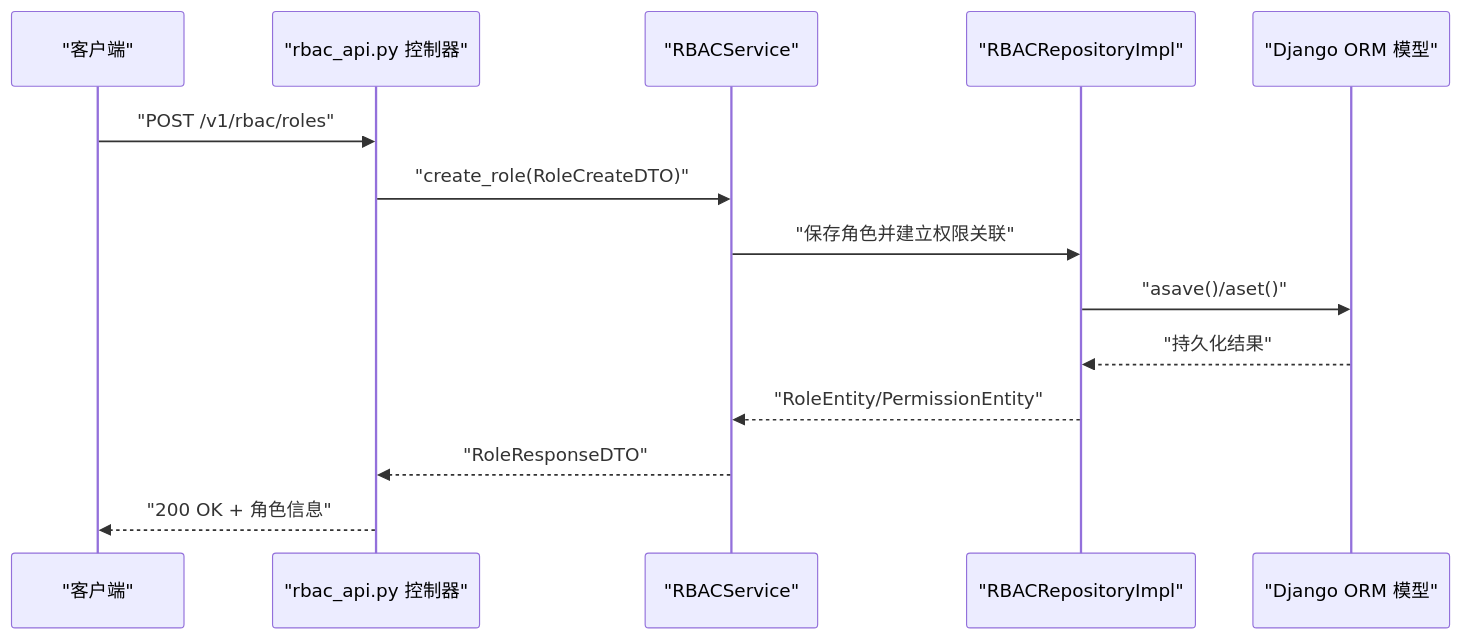
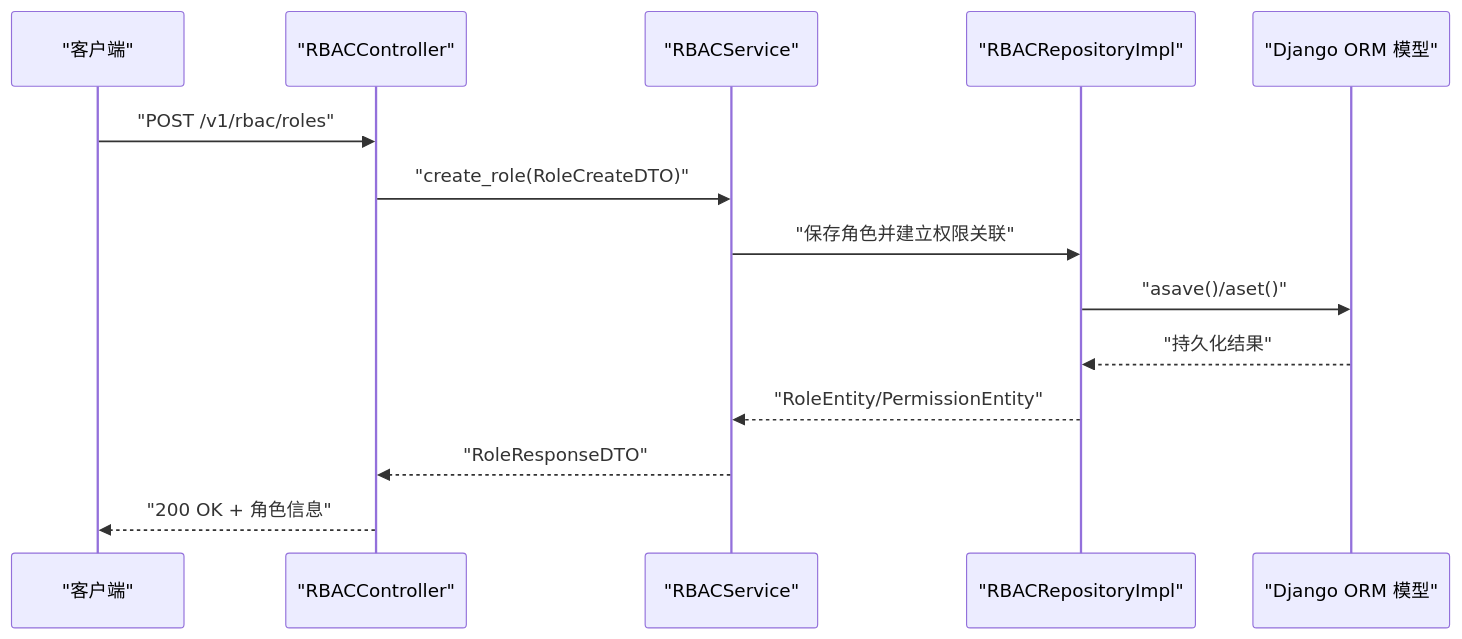
One commit to taoweidong/Hello-Django-Ninja-Api changed the second of 8 diagrams in .qoder/repowiki/zh/content/API 接口文档/权限管理接口.md. Above: the diagram before and after it, drawn with Mermaid. The commit also changed other lines of this file and 7 other files, not shown here.

````diff
--- a/.qoder/repowiki/zh/content/API 接口文档/权限管理接口.md
+++ b/.qoder/repowiki/zh/content/API 接口文档/权限管理接口.md
@@ -124,16 +135,16 @@
 ```mermaid
 sequenceDiagram
 participant Client as "客户端"
-participant API as "rbac_api.py 控制器"
+participant Controller as "RBACController"
 participant Service as "RBACService"
 participant Repo as "RBACRepositoryImpl"
 participant DB as "Django ORM 模型"
-Client->>API : "POST /v1/rbac/roles"
-API->>Service : "create_role(RoleCreateDTO)"
+Client->>Controller : "POST /v1/rbac/roles"
+Controller->>Service : "create_role(RoleCreateDTO)"
 Service->>Repo : "保存角色并建立权限关联"
 Repo->>DB : "asave()/aset()"
 DB-->>Repo : "持久化结果"
 Repo-->>Service : "RoleEntity/PermissionEntity"
-Service-->>API : "RoleResponseDTO"
-API-->>Client : "200 OK + 角色信息"
+Service-->>Controller : "RoleResponseDTO"
+Controller-->>Client : "200 OK + 角色信息"
 ```
````
